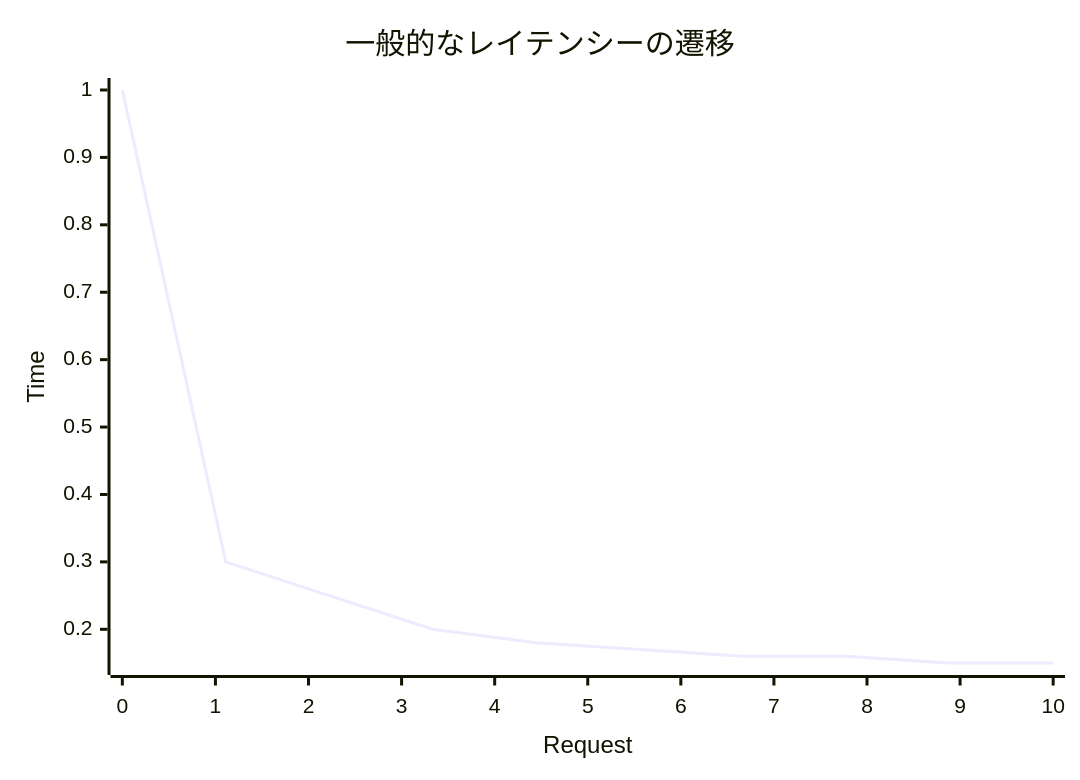
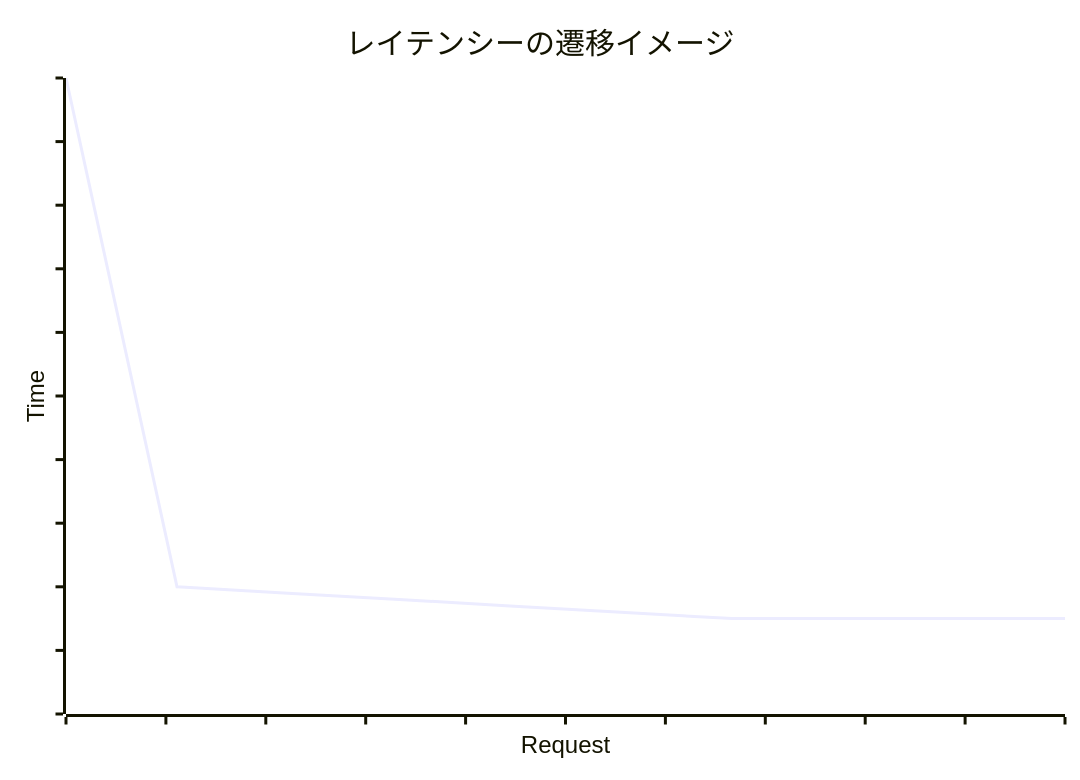
One commit to kazu-kichi-67/slidev-jjug-ccc-2024-fall changed the diagram in slides.md. Above: the diagram before and after it, drawn with Mermaid. The commit also changed other lines of this file, not shown here.

````diff
--- a/slides.md
+++ b/slides.md
@@ -100,7 +112,15 @@
 ```mermaid {scale: 0.5}
+---
+config:
+  xyChart:
+    xAxis:
+      showLabel: false
+    yAxis:
+      showLabel: false
+---
 xychart-beta
-  title "一般的なレイテンシーの遷移"
+  title "レイテンシーの遷移イメージ"
   x-axis "Request" 0 --> 10
-  y-axis "Time"
-  line [1, 0.3, 0.25, 0.2, 0.18, 0.17, 0.16, 0.16, 0.15, 0.15]
+  y-axis "Time" 0 --> 1
+  line [1, 0.2, 0.19, 0.18, 0.17, 0.16, 0.15, 0.15, 0.15, 0.15]
 ```
````
